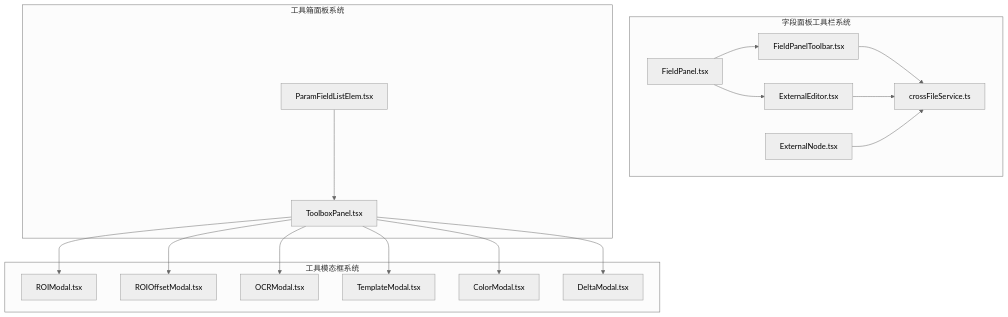
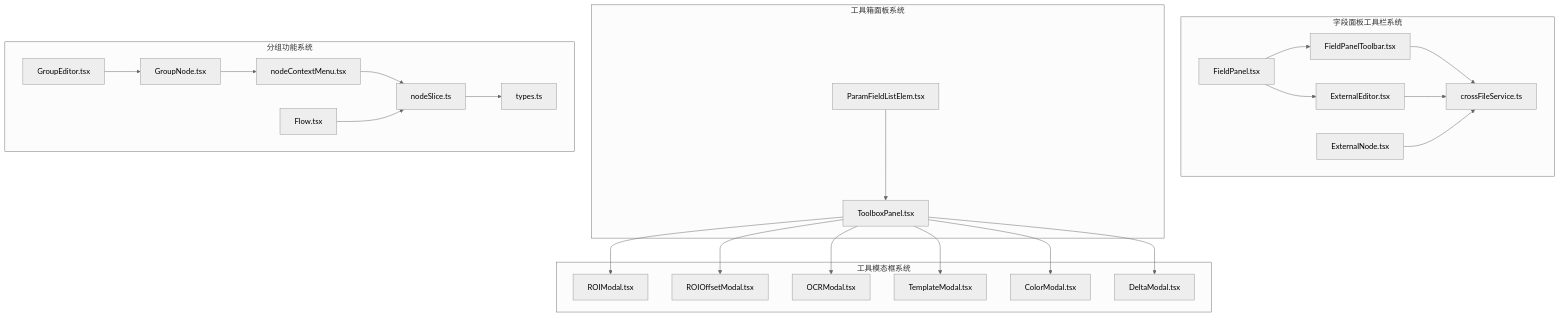
One commit to kqcoxn/MaaPipelineEditor changed the first of 6 diagrams in .qoder/repowiki/zh/content/核心概念/字段面板工具栏.md. Above: the diagram before and after it, drawn with Mermaid (neutral theme). The commit also changed other lines of this file and 6 other files, not shown here.

````diff
--- a/.qoder/repowiki/zh/content/核心概念/字段面板工具栏.md
+++ b/.qoder/repowiki/zh/content/核心概念/字段面板工具栏.md
@@ -61,34 +75,47 @@
 ```mermaid
 graph TB
 subgraph "字段面板工具栏系统"
 FPT["FieldPanelToolbar.tsx"]
 FP["FieldPanel.tsx"]
 END["ExternalEditor.tsx"]
 CFS["crossFileService.ts"]
 EN["ExternalNode.tsx"]
 end
 subgraph "工具箱面板系统"
 TP["ToolboxPanel.tsx"]
 PFE["ParamFieldListElem.tsx"]
 end
 subgraph "工具模态框系统"
 ROI["ROIModal.tsx"]
 ROIO["ROIOffsetModal.tsx"]
 OCR["OCRModal.tsx"]
 TM["TemplateModal.tsx"]
 CM["ColorModal.tsx"]
 DM["DeltaModal.tsx"]
 end
+subgraph "分组功能系统"
+GN["GroupNode.tsx"]
+GE["GroupEditor.tsx"]
+NCM["nodeContextMenu.tsx"]
+NS["nodeSlice.ts"]
+FT["types.ts"]
+FL["Flow.tsx"]
+end
 FP --> FPT
 FP --> END
 FPT --> CFS
 END --> CFS
 EN --> CFS
 TP --> ROI
 TP --> ROIO
 TP --> OCR
 TP --> TM
 TP --> CM
 TP --> DM
 PFE --> TP
+GN --> NCM
+GE --> GN
+NCM --> NS
+NS --> FT
+FL --> NS
 ```
````
